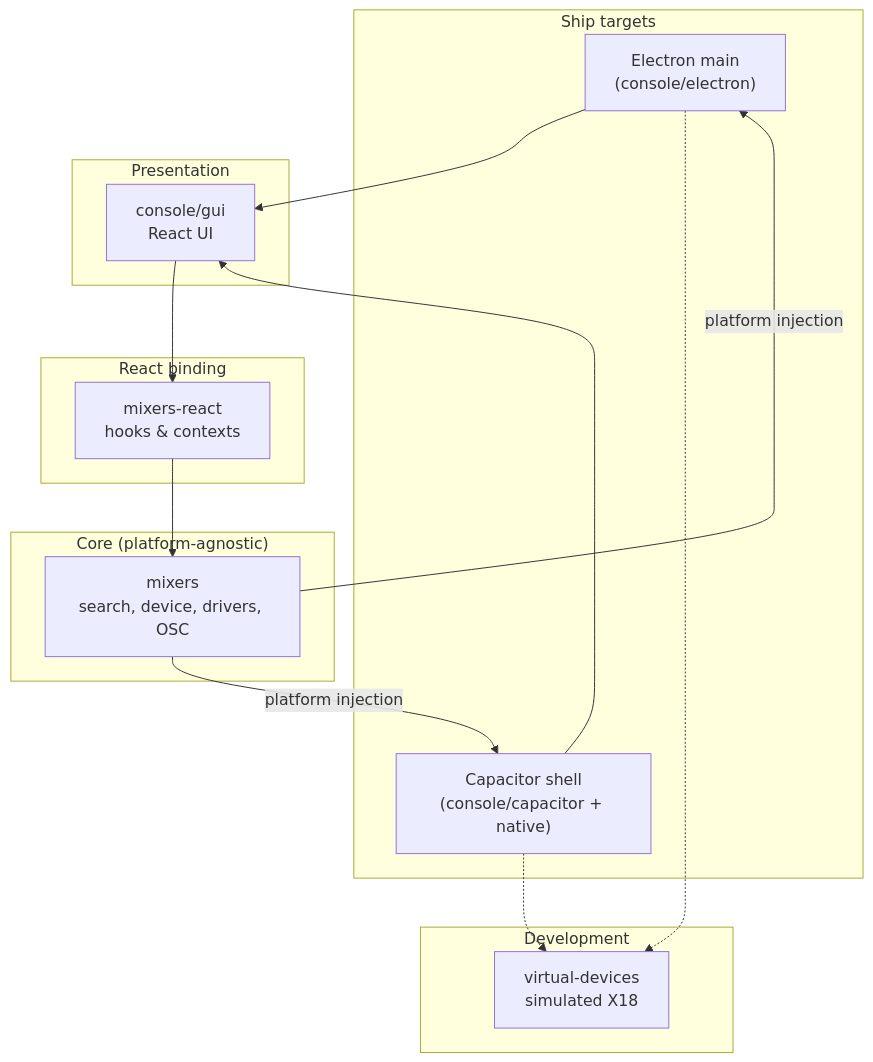
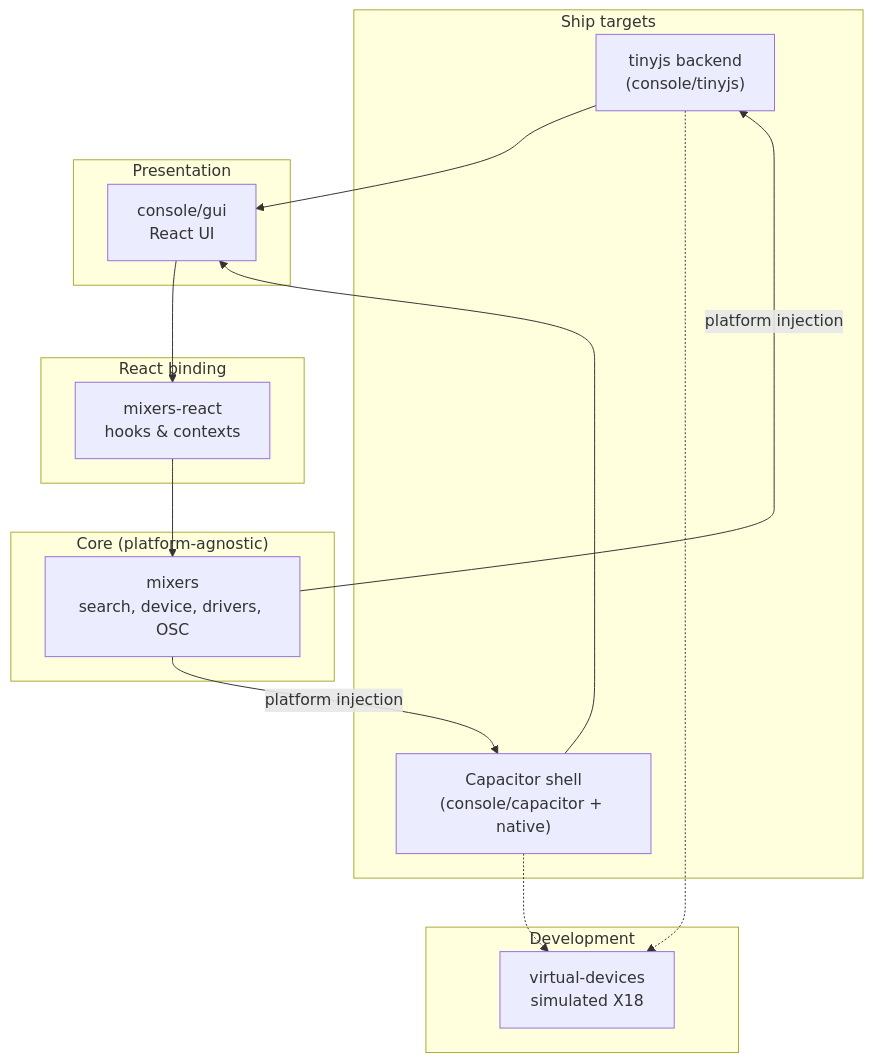
The diagram in docs/reference/ARCHITECTURE.md (matiasbarrios/magical-mixing-console), drawn with Mermaid before and after one commit. The commit also changed other lines of this file and 156 other files, not shown here.

````diff
--- a/docs/reference/ARCHITECTURE.md
+++ b/docs/reference/ARCHITECTURE.md
@@ -13,32 +13,32 @@
 ```mermaid
 flowchart TB
     subgraph apps["Ship targets"]
-        ELECTRON["Electron main\n(console/electron)"]
+        TINY["tinyjs backend\n(console/tinyjs)"]
         CAP["Capacitor shell\n(console/capacitor + native)"]
     end
 
     subgraph ui["Presentation"]
         GUI["console/gui\nReact UI"]
     end
 
     subgraph react["React binding"]
         MR["mixers-react\nhooks & contexts"]
     end
 
     subgraph core["Core (platform-agnostic)"]
         MIX["mixers\nsearch, device, drivers, OSC"]
     end
 
     subgraph dev["Development"]
         VD["virtual-devices\nsimulated X18"]
     end
 
-    ELECTRON --> GUI
+    TINY --> GUI
     CAP --> GUI
     GUI --> MR
     MR --> MIX
-    ELECTRON -.-> VD
+    TINY -.-> VD
     CAP -.-> VD
-    MIX -->|"platform injection"| ELECTRON
+    MIX -->|"platform injection"| TINY
     MIX -->|"platform injection"| CAP
 ```
````
